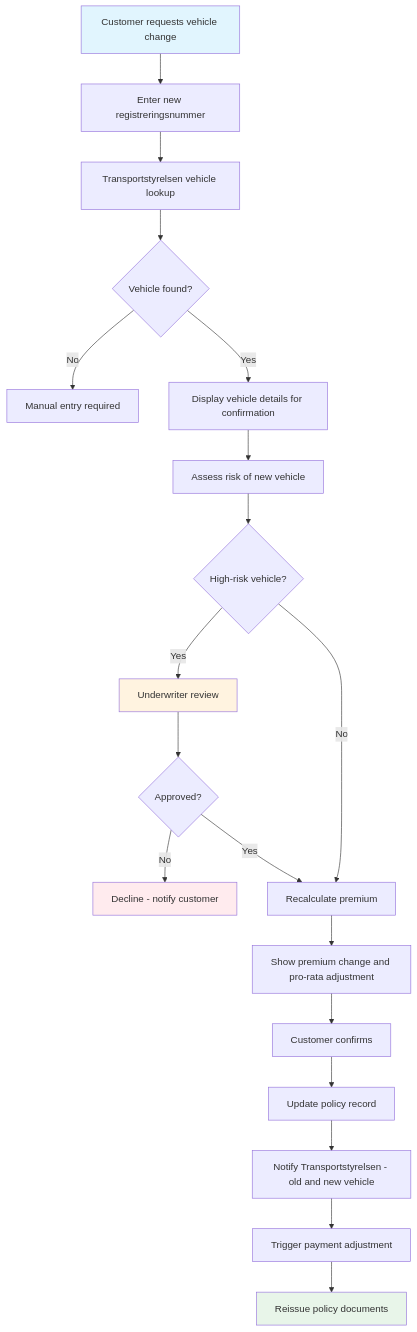
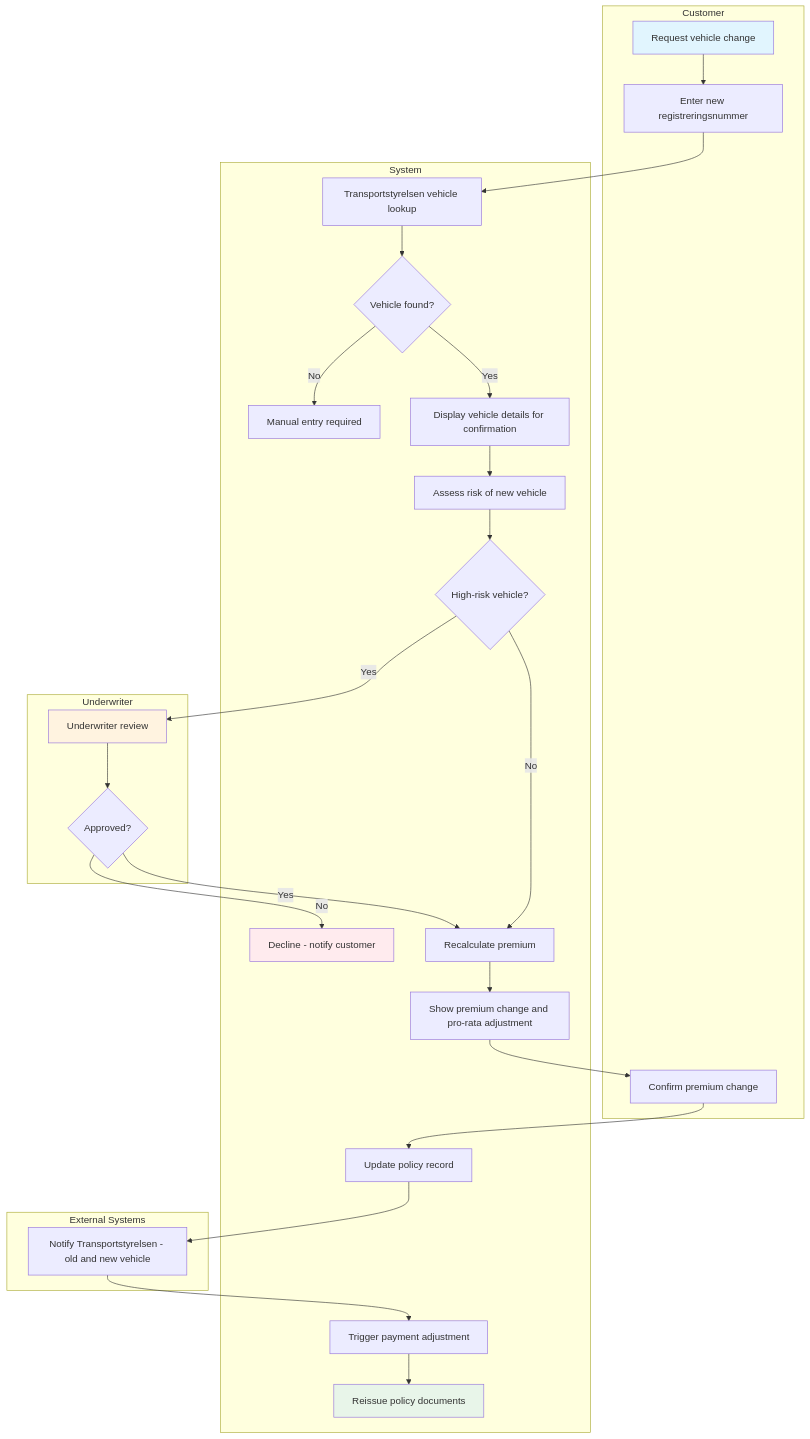
One commit to Agentic-software-factory/insurance-platform-requirements changed the first of 3 diagrams in docs/phase-1-motor/use-cases/policy-administration.md. Above: the diagram before and after it, drawn with Mermaid. The commit also changed other lines of this file and 13 other files, not shown here.

````diff
--- a/docs/phase-1-motor/use-cases/policy-administration.md
+++ b/docs/phase-1-motor/use-cases/policy-administration.md
@@ -71,26 +71,53 @@
 ```mermaid
 flowchart TD
-    A[Customer requests vehicle change] --> B[Enter new registreringsnummer]
-    B --> C[Transportstyrelsen vehicle lookup]
-    C --> D{Vehicle found?}
-    D -->|No| E[Manual entry required]
-    D -->|Yes| F[Display vehicle details for confirmation]
-    F --> G[Assess risk of new vehicle]
-    G --> H{High-risk vehicle?}
-    H -->|Yes| I[Underwriter review]
-    I --> J{Approved?}
-    J -->|No| K[Decline - notify customer]
-    J -->|Yes| L[Recalculate premium]
+    subgraph Customer
+        A[Request vehicle change]
+        B[Enter new registreringsnummer]
+        N[Confirm premium change]
+    end
+    subgraph System
+        C[Transportstyrelsen vehicle lookup]
+        D{Vehicle found?}
+        E[Manual entry required]
+        F[Display vehicle details for confirmation]
+        G[Assess risk of new vehicle]
+        H{High-risk vehicle?}
+        L[Recalculate premium]
+        M[Show premium change and pro-rata adjustment]
+        O[Update policy record]
+        Q[Trigger payment adjustment]
+        R[Reissue policy documents]
+        K[Decline - notify customer]
+    end
+    subgraph Underwriter
+        I[Underwriter review]
+        J{Approved?}
+    end
+    subgraph External["External Systems"]
+        P[Notify Transportstyrelsen - old and new vehicle]
+    end
+
+    A --> B
+    B --> C
+    C --> D
+    D -->|No| E
+    D -->|Yes| F
+    F --> G
+    G --> H
+    H -->|Yes| I
+    I --> J
+    J -->|No| K
+    J -->|Yes| L
     H -->|No| L
-    L --> M[Show premium change and pro-rata adjustment]
-    M --> N[Customer confirms]
-    N --> O[Update policy record]
-    O --> P[Notify Transportstyrelsen - old and new vehicle]
-    P --> Q[Trigger payment adjustment]
-    Q --> R[Reissue policy documents]
+    L --> M
+    M --> N
+    N --> O
+    O --> P
+    P --> Q
+    Q --> R
 
     style A fill:#e1f5fe
     style R fill:#e8f5e9
     style I fill:#fff3e0
     style K fill:#ffebee
 ```
````
